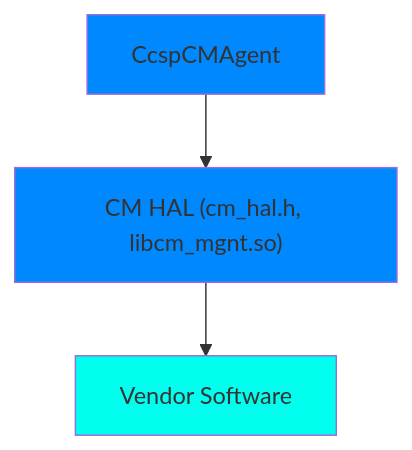
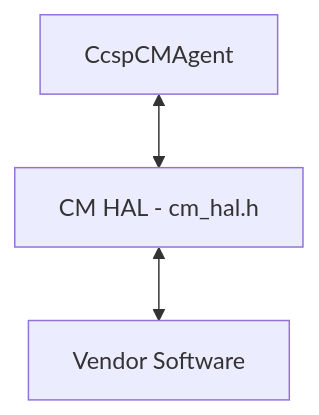
The first of 4 diagrams in docs/pages/halSpec.md (Blitzy-Sky/rdkb-halif-cm), drawn with Mermaid before and after one commit. The commit also changed other lines of this file, not shown here.

Commit message:
docs: normalise the CM HAL flowchart and correct licensing and label text
- The Description flowchart uses the common top-down form: CcspCMAgent,
  then CM HAL - cm_hal.h, then Vendor Software, with double-headed edges
  and default styling.
- Licensing and Source References describe COPYING as the Apache License
  2.0 text, a symbolic link to LICENSE, rather than a copyright statement.
- The DOCSIS 3.1 channel tables entry in Optional Components has a fully
  bold label like its siblings.

````diff
--- a/docs/pages/halSpec.md
+++ b/docs/pages/halSpec.md
@@ -56,8 +56,5 @@
 ```mermaid
 flowchart TD
-    caller["CcspCMAgent"] --> hal["CM HAL (cm_hal.h, libcm_mgnt.so)"];
-    hal --> vendor["Vendor Software"];
-    style caller fill:#0088ff;
-    style hal fill:#0088ff;
-    style vendor fill:#00ffee;
+    Caller["CcspCMAgent"] <--> HAL["CM HAL - cm_hal.h"]
+    HAL <--> Vendor["Vendor Software"]
 ```
````
